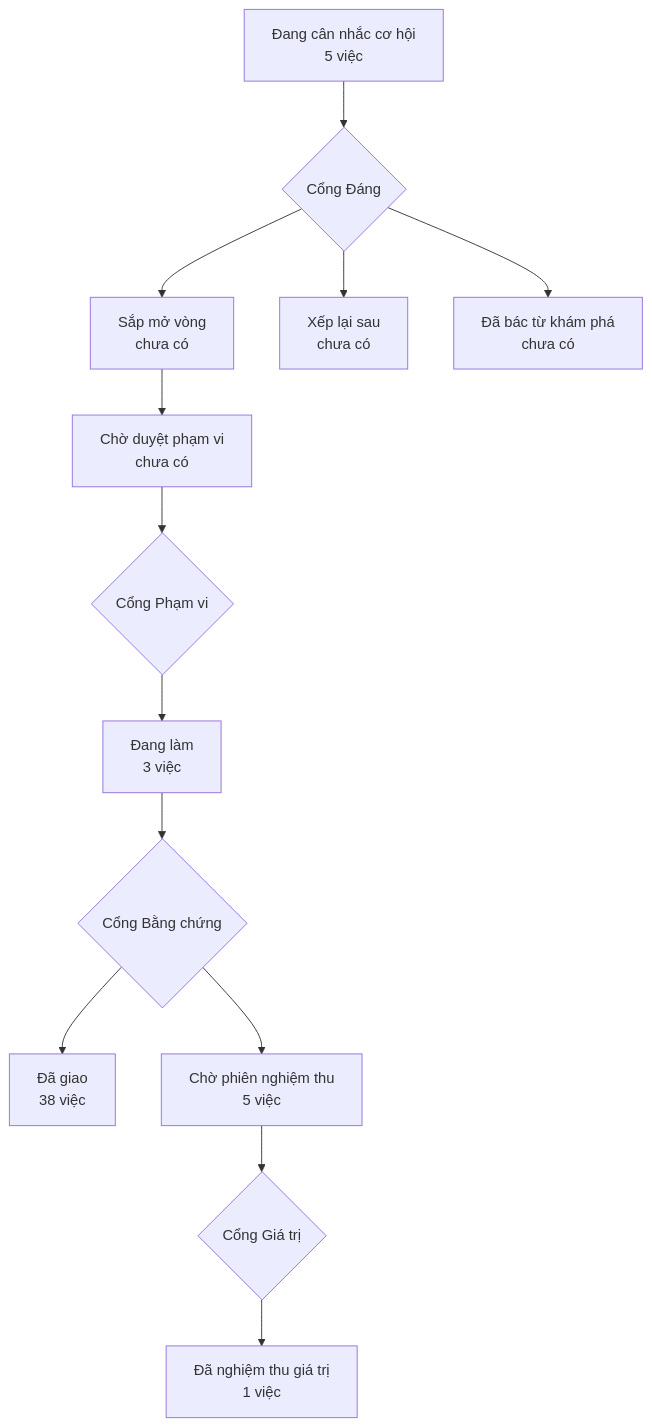
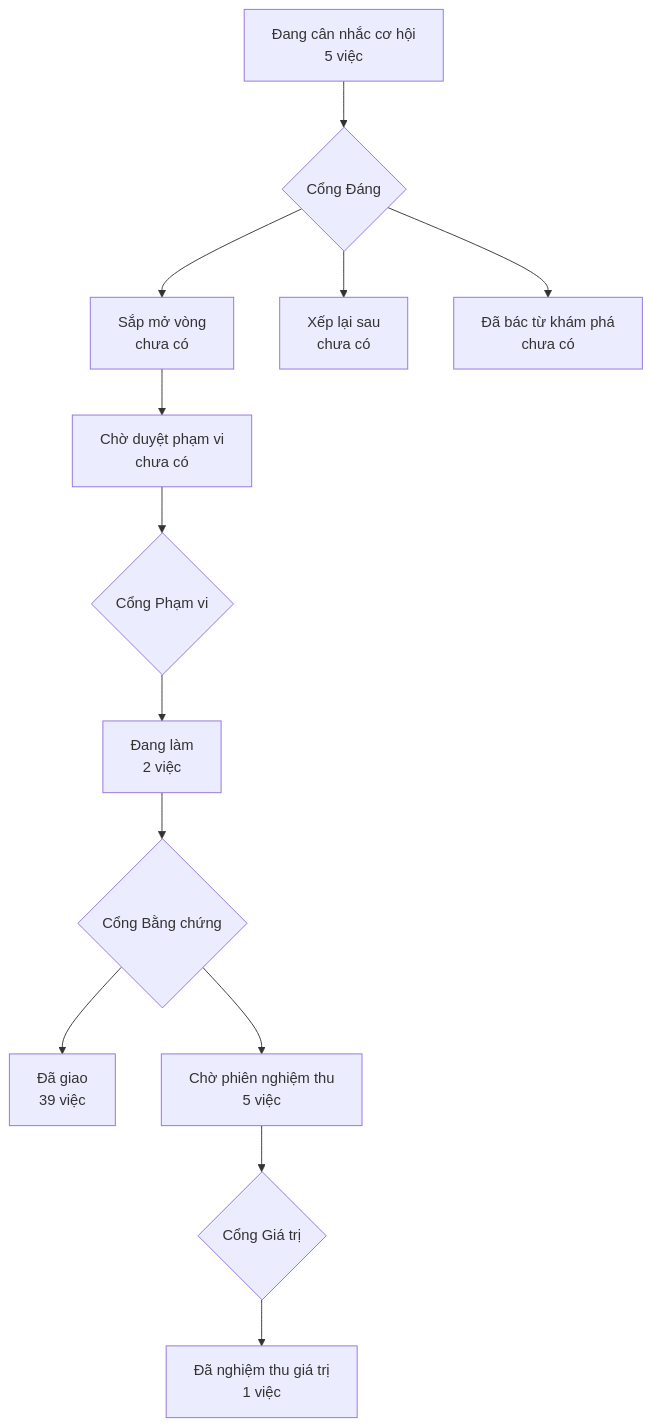
One commit to phanlemanh/crm-onehub changed the diagram in PRODUCT-MAP.md. Above: the diagram before and after it, drawn with Mermaid. The commit also changed other lines of this file and 2 other files, not shown here.

Commit message:
observed: tieng-viet-cho-crm — Phan Le Manh

````diff
--- a/PRODUCT-MAP.md
+++ b/PRODUCT-MAP.md
@@ -6,12 +6,12 @@
 ```mermaid
 flowchart TD
   A["Đang cân nhắc cơ hội<br/>5 việc"] --> GD{"Cổng Đáng"}
   GD --> B["Sắp mở vòng<br/>chưa có"]
   GD --> XL["Xếp lại sau<br/>chưa có"]
   GD --> DB["Đã bác từ khám phá<br/>chưa có"]
   B --> CD["Chờ duyệt phạm vi<br/>chưa có"] --> GP{"Cổng Phạm vi"}
-  GP --> DL["Đang làm<br/>3 việc"] --> GB{"Cổng Bằng chứng"}
-  GB --> DG["Đã giao<br/>38 việc"]
+  GP --> DL["Đang làm<br/>2 việc"] --> GB{"Cổng Bằng chứng"}
+  GB --> DG["Đã giao<br/>39 việc"]
   GB --> CN["Chờ phiên nghiệm thu<br/>5 việc"] --> GG{"Cổng Giá trị"}
   GG --> NT["Đã nghiệm thu giá trị<br/>1 việc"]
 ```
````
